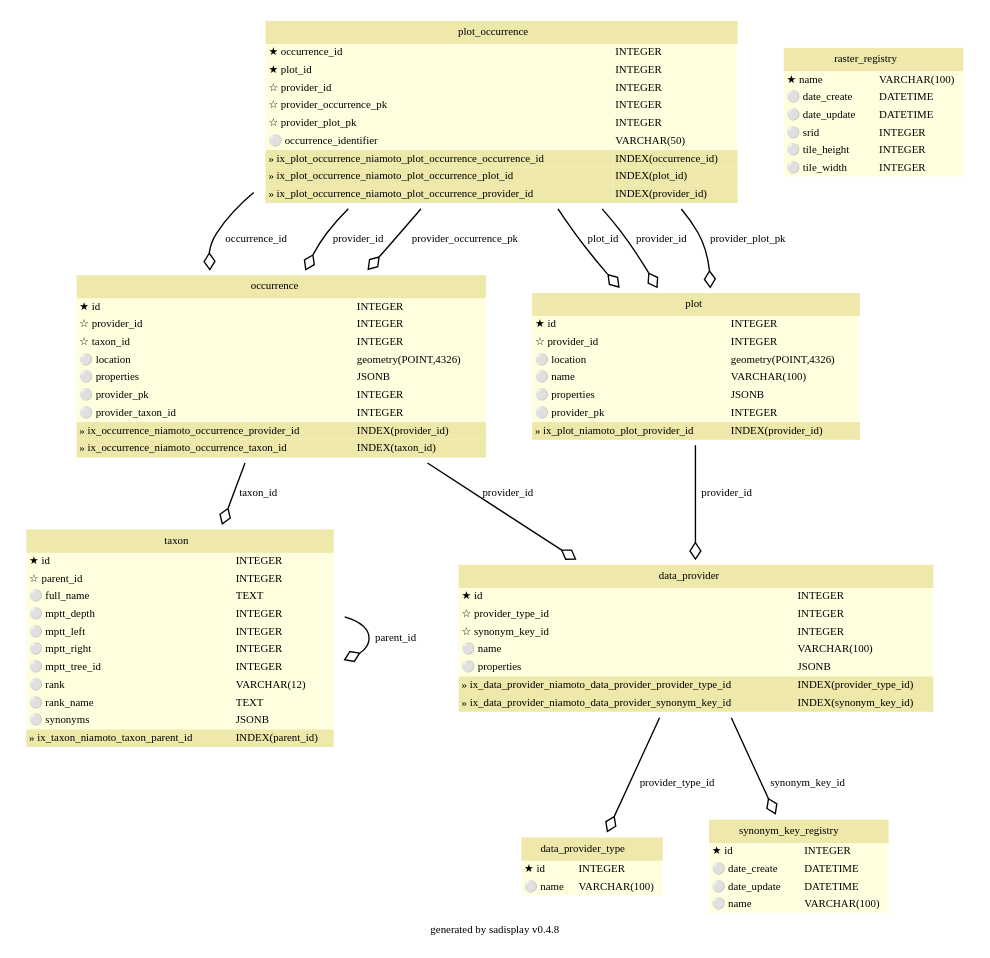
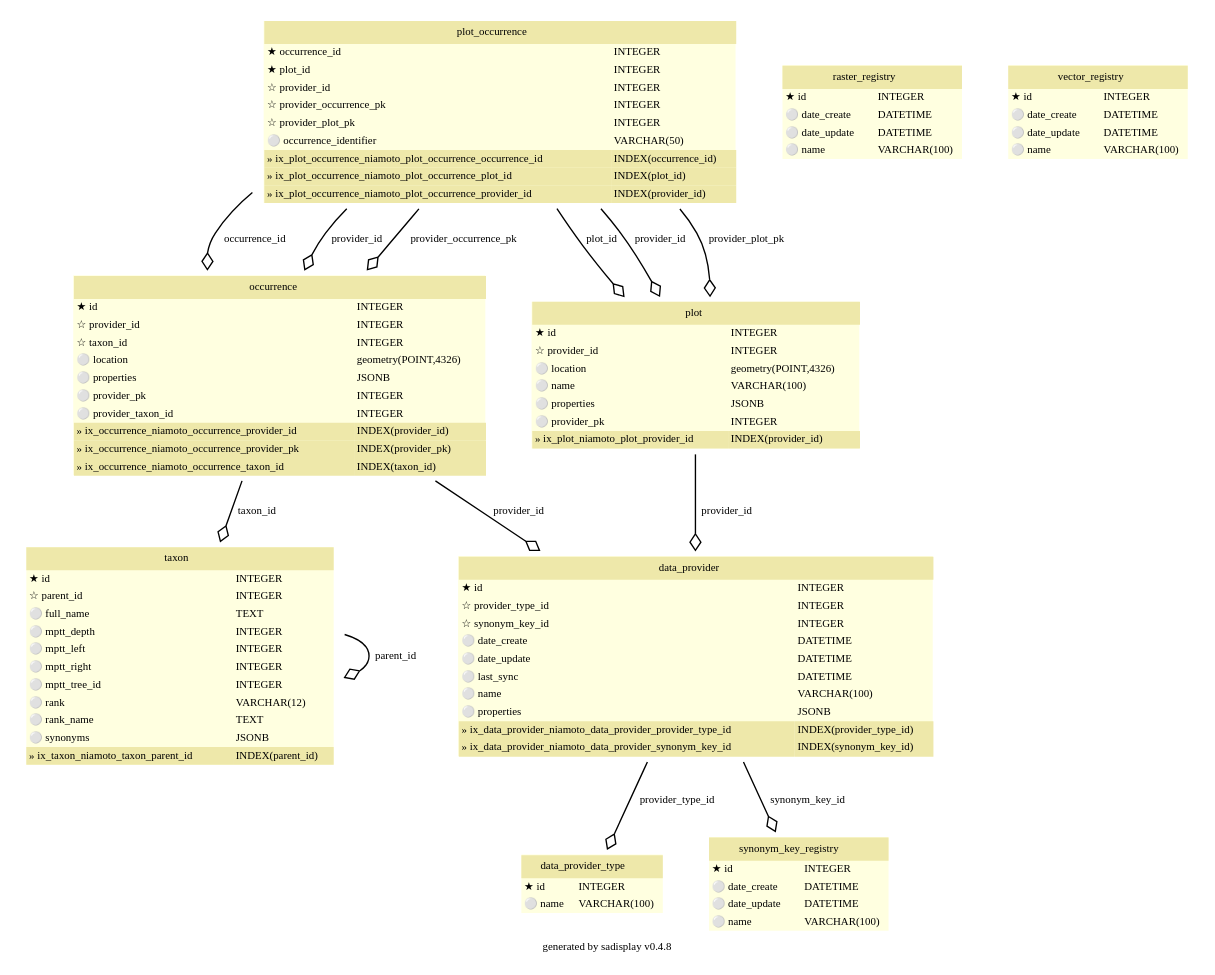
The diagram in docs/_static/db_schema.dot (dimitri-justeau/niamoto-core), drawn with Graphviz before and after one commit. The commit also changed 3 other files, not shown here.

```diff
--- a/docs/_static/db_schema.dot
+++ b/docs/_static/db_schema.dot
@@ -34,6 +34,18 @@
         ><FONT FACE="Bitstream Vera Sans">☆ synonym_key_id</FONT
         ></TD><TD ALIGN="LEFT"
         ><FONT FACE="Bitstream Vera Sans">INTEGER</FONT
+        ></TD></TR> <TR><TD ALIGN="LEFT" BORDER="0"
+        ><FONT FACE="Bitstream Vera Sans">⚪ date_create</FONT
+        ></TD><TD ALIGN="LEFT"
+        ><FONT FACE="Bitstream Vera Sans">DATETIME</FONT
+        ></TD></TR> <TR><TD ALIGN="LEFT" BORDER="0"
+        ><FONT FACE="Bitstream Vera Sans">⚪ date_update</FONT
+        ></TD><TD ALIGN="LEFT"
+        ><FONT FACE="Bitstream Vera Sans">DATETIME</FONT
+        ></TD></TR> <TR><TD ALIGN="LEFT" BORDER="0"
+        ><FONT FACE="Bitstream Vera Sans">⚪ last_sync</FONT
+        ></TD><TD ALIGN="LEFT"
+        ><FONT FACE="Bitstream Vera Sans">DATETIME</FONT
         ></TD></TR> <TR><TD ALIGN="LEFT" BORDER="0"
         ><FONT FACE="Bitstream Vera Sans">⚪ name</FONT
         ></TD><TD ALIGN="LEFT"
@@ -115,6 +127,11 @@
         ><FONT FACE="Bitstream Vera Sans">» ix_occurrence_niamoto_occurrence_provider_id</FONT></TD
         ><TD BGCOLOR="palegoldenrod" ALIGN="LEFT"
         ><FONT FACE="Bitstream Vera Sans">INDEX(provider_id)</FONT
+        ></TD></TR> <TR><TD ALIGN="LEFT" BORDER="0"
+        BGCOLOR="palegoldenrod"
+        ><FONT FACE="Bitstream Vera Sans">» ix_occurrence_niamoto_occurrence_provider_pk</FONT></TD
+        ><TD BGCOLOR="palegoldenrod" ALIGN="LEFT"
+        ><FONT FACE="Bitstream Vera Sans">INDEX(provider_pk)</FONT
         ></TD></TR> <TR><TD ALIGN="LEFT" BORDER="0"
         BGCOLOR="palegoldenrod"
         ><FONT FACE="Bitstream Vera Sans">» ix_occurrence_niamoto_occurrence_taxon_id</FONT></TD
@@ -222,9 +239,9 @@
                         ALIGN="CENTER" BGCOLOR="palegoldenrod"
                 ><FONT FACE="Helvetica Bold" COLOR="black"
                 >raster_registry</FONT></TD></TR><TR><TD ALIGN="LEFT" BORDER="0"
-        ><FONT FACE="Bitstream Vera Sans">★ name</FONT
+        ><FONT FACE="Bitstream Vera Sans">★ id</FONT
         ></TD><TD ALIGN="LEFT"
-        ><FONT FACE="Bitstream Vera Sans">VARCHAR(100)</FONT
+        ><FONT FACE="Bitstream Vera Sans">INTEGER</FONT
         ></TD></TR> <TR><TD ALIGN="LEFT" BORDER="0"
         ><FONT FACE="Bitstream Vera Sans">⚪ date_create</FONT
         ></TD><TD ALIGN="LEFT"
@@ -234,17 +251,9 @@
         ></TD><TD ALIGN="LEFT"
         ><FONT FACE="Bitstream Vera Sans">DATETIME</FONT
         ></TD></TR> <TR><TD ALIGN="LEFT" BORDER="0"
-        ><FONT FACE="Bitstream Vera Sans">⚪ srid</FONT
+        ><FONT FACE="Bitstream Vera Sans">⚪ name</FONT
         ></TD><TD ALIGN="LEFT"
-        ><FONT FACE="Bitstream Vera Sans">INTEGER</FONT
-        ></TD></TR> <TR><TD ALIGN="LEFT" BORDER="0"
-        ><FONT FACE="Bitstream Vera Sans">⚪ tile_height</FONT
-        ></TD><TD ALIGN="LEFT"
-        ><FONT FACE="Bitstream Vera Sans">INTEGER</FONT
-        ></TD></TR> <TR><TD ALIGN="LEFT" BORDER="0"
-        ><FONT FACE="Bitstream Vera Sans">⚪ tile_width</FONT
-        ></TD><TD ALIGN="LEFT"
-        ><FONT FACE="Bitstream Vera Sans">INTEGER</FONT
+        ><FONT FACE="Bitstream Vera Sans">VARCHAR(100)</FONT
         ></TD></TR>
         </TABLE>
     >]
@@ -332,6 +341,33 @@
         </TABLE>
     >]
     
+
+        vector_registry [label=<
+        <TABLE BGCOLOR="lightyellow" BORDER="0"
+            CELLBORDER="0" CELLSPACING="0">
+                <TR><TD COLSPAN="2" CELLPADDING="4"
+                        ALIGN="CENTER" BGCOLOR="palegoldenrod"
+                ><FONT FACE="Helvetica Bold" COLOR="black"
+                >vector_registry</FONT></TD></TR><TR><TD ALIGN="LEFT" BORDER="0"
+        ><FONT FACE="Bitstream Vera Sans">★ id</FONT
+        ></TD><TD ALIGN="LEFT"
+        ><FONT FACE="Bitstream Vera Sans">INTEGER</FONT
+        ></TD></TR> <TR><TD ALIGN="LEFT" BORDER="0"
+        ><FONT FACE="Bitstream Vera Sans">⚪ date_create</FONT
+        ></TD><TD ALIGN="LEFT"
+        ><FONT FACE="Bitstream Vera Sans">DATETIME</FONT
+        ></TD></TR> <TR><TD ALIGN="LEFT" BORDER="0"
+        ><FONT FACE="Bitstream Vera Sans">⚪ date_update</FONT
+        ></TD><TD ALIGN="LEFT"
+        ><FONT FACE="Bitstream Vera Sans">DATETIME</FONT
+        ></TD></TR> <TR><TD ALIGN="LEFT" BORDER="0"
+        ><FONT FACE="Bitstream Vera Sans">⚪ name</FONT
+        ></TD><TD ALIGN="LEFT"
+        ><FONT FACE="Bitstream Vera Sans">VARCHAR(100)</FONT
+        ></TD></TR>
+        </TABLE>
+    >]
+    
 	edge [
 		arrowhead = empty
 	]
@@ -346,8 +382,8 @@
 	"plot" -> "data_provider" [label = "provider_id"]
 	"plot_occurrence" -> "plot" [label = "plot_id"]
 	"plot_occurrence" -> "occurrence" [label = "occurrence_id"]
+	"plot_occurrence" -> "plot" [label = "provider_id"]
 	"plot_occurrence" -> "occurrence" [label = "provider_id"]
-	"plot_occurrence" -> "plot" [label = "provider_id"]
 	"plot_occurrence" -> "plot" [label = "provider_plot_pk"]
 	"plot_occurrence" -> "occurrence" [label = "provider_occurrence_pk"]
 	"taxon" -> "taxon" [label = "parent_id"]
```
